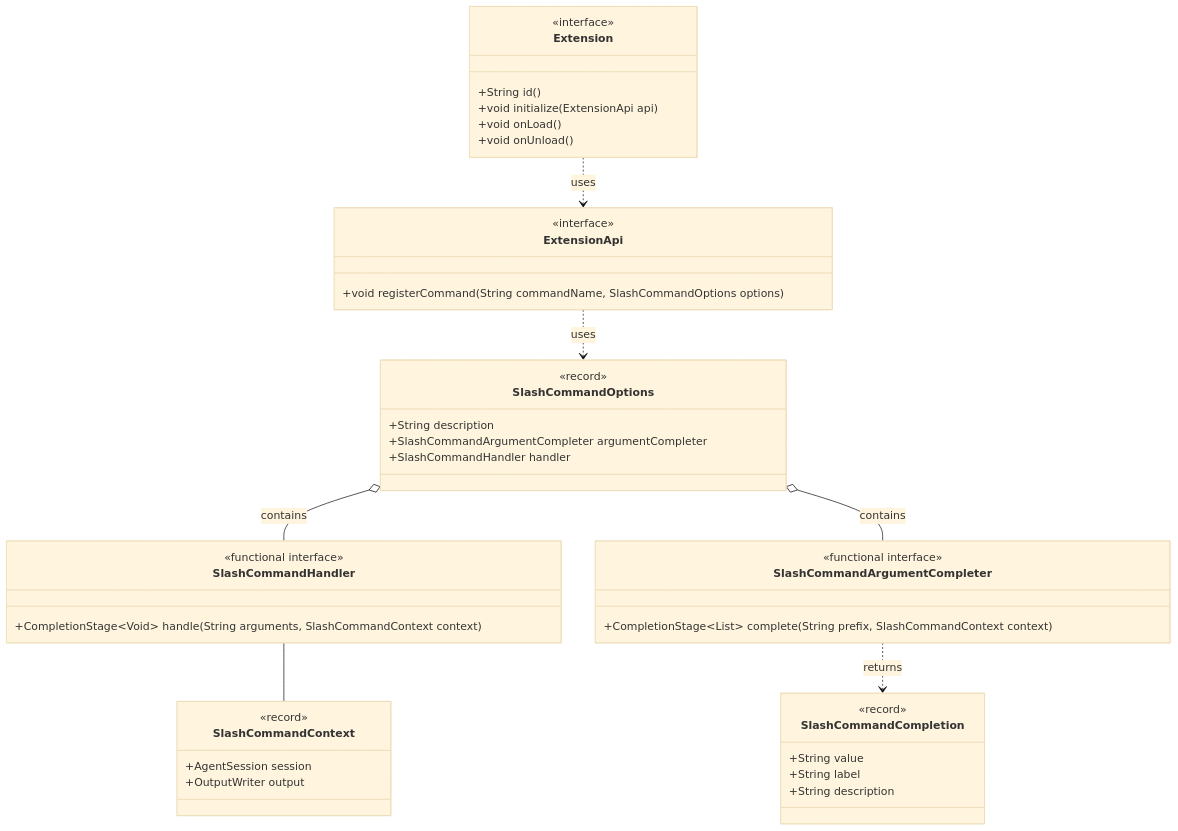
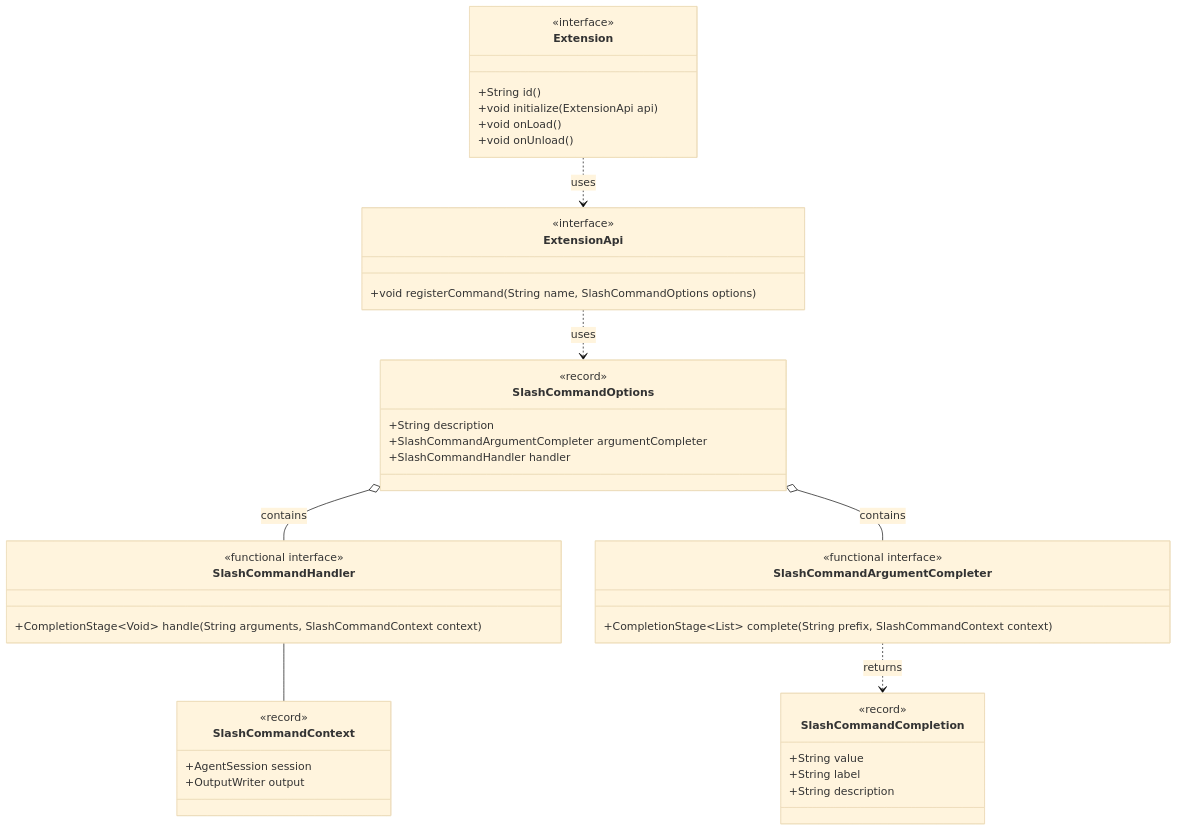
One commit to superheromeZzh/pi-mono-java-design changed the fourth of 20 diagrams in pi-mono-java-extension-command-SR设计.md. Above: the diagram before and after it, drawn with Mermaid. The commit also changed other lines of this file, not shown here.

Commit message:
docs: use name for command registration

````diff
--- a/pi-mono-java-extension-command-SR设计.md
+++ b/pi-mono-java-extension-command-SR设计.md
@@ -162,53 +162,53 @@
 ```mermaid
 %%{init: {"theme": "base", "themeCSS": ".edgePaths>path:nth-child(6){stroke:transparent!important;fill:none!important;}"}}%%
 classDiagram
     class Extension {
         <<interface>>
         +String id()
         +void initialize(ExtensionApi api)
         +void onLoad()
         +void onUnload()
     }
 
     class ExtensionApi {
         <<interface>>
-        +void registerCommand(String commandName, SlashCommandOptions options)
+        +void registerCommand(String name, SlashCommandOptions options)
     }
 
     class SlashCommandOptions {
         <<record>>
         +String description
         +SlashCommandArgumentCompleter argumentCompleter
         +SlashCommandHandler handler
     }
 
     class SlashCommandHandler {
         <<functional interface>>
         +CompletionStage~Void~ handle(String arguments, SlashCommandContext context)
     }
 
     class SlashCommandArgumentCompleter {
         <<functional interface>>
         +CompletionStage~List~ complete(String prefix, SlashCommandContext context)
     }
 
     class SlashCommandCompletion {
         <<record>>
         +String value
         +String label
         +String description
     }
 
     class SlashCommandContext {
         <<record>>
         +AgentSession session
         +OutputWriter output
     }
 
     Extension ..> ExtensionApi : uses
     ExtensionApi ..> SlashCommandOptions : uses
     SlashCommandOptions o-- SlashCommandHandler : contains
     SlashCommandOptions o-- SlashCommandArgumentCompleter : contains
     SlashCommandArgumentCompleter ..> SlashCommandCompletion : returns
     SlashCommandHandler -- SlashCommandContext
 ```
````
